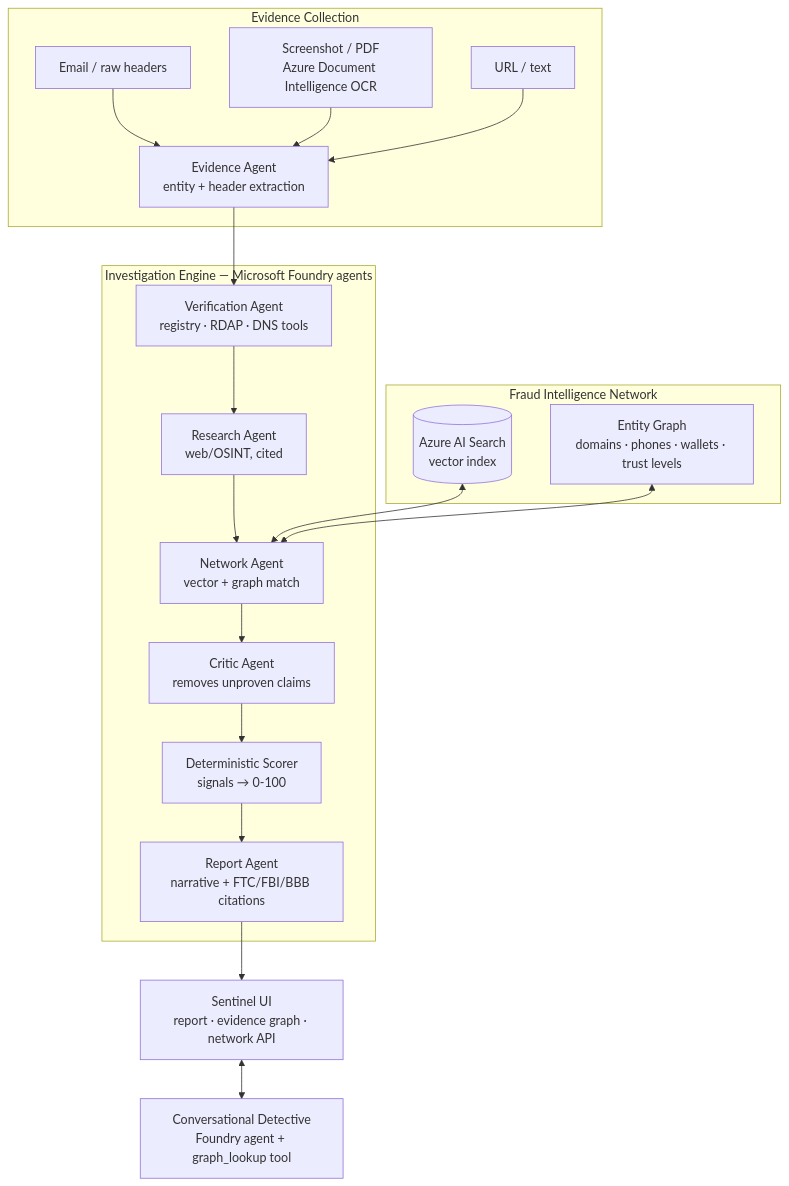
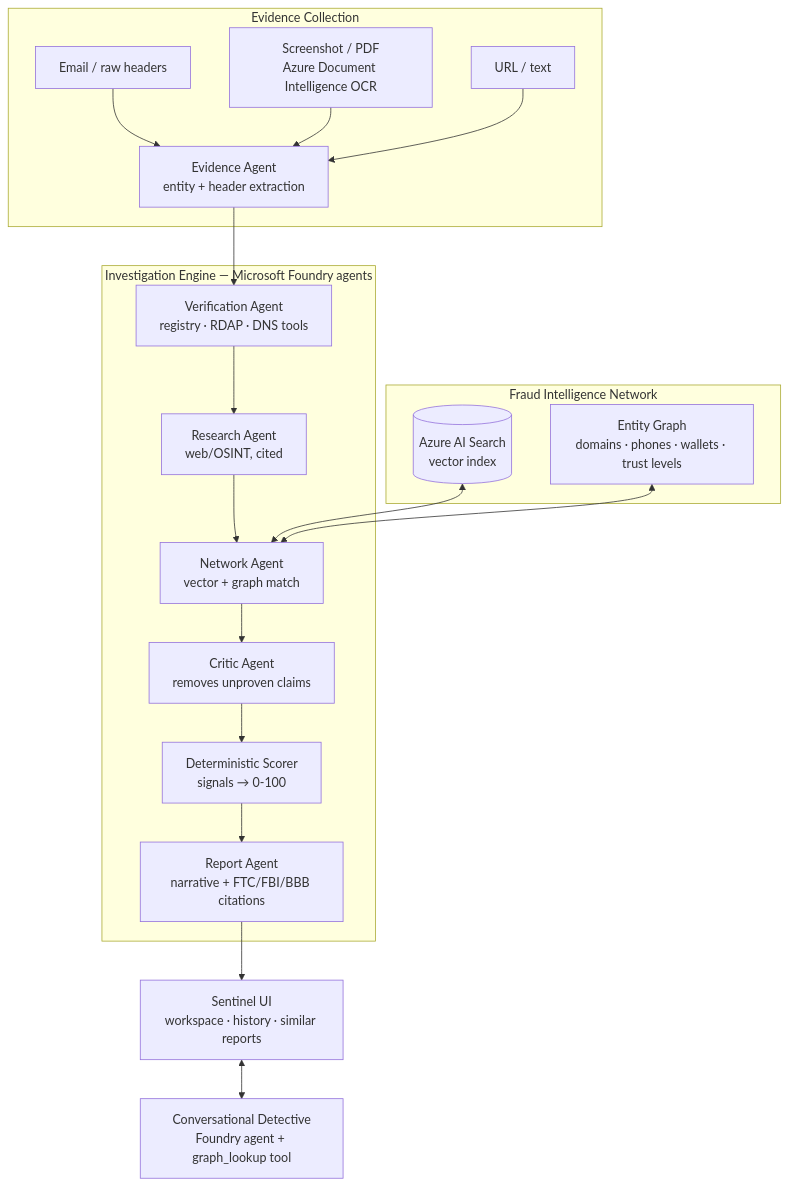
The diagram in docs/ARCHITECTURE.md (mrlucas679/verify-my-interview), drawn with Mermaid before and after one commit. The commit also changed other lines of this file and 6 other files, not shown here.

````diff
--- a/docs/ARCHITECTURE.md
+++ b/docs/ARCHITECTURE.md
@@ -8,23 +8,23 @@
 ```mermaid
 flowchart TB
   subgraph Intake["Evidence Collection"]
     A[Email / raw headers] --> P
     B[Screenshot / PDF<br/>Azure Document Intelligence OCR] --> P
     C[URL / text] --> P
   end
   P[Evidence Agent<br/>entity + header extraction]
   subgraph Engine["Investigation Engine — Microsoft Foundry agents"]
     P --> V[Verification Agent<br/>registry · RDAP · DNS tools]
     V --> R[Research Agent<br/>web/OSINT, cited]
     R --> N[Network Agent<br/>vector + graph match]
     N --> K[Critic Agent<br/>removes unproven claims]
     K --> S[Deterministic Scorer<br/>signals → 0-100]
     S --> W[Report Agent<br/>narrative + FTC/FBI/BBB citations]
   end
   subgraph Intel["Fraud Intelligence Network"]
     X[(Azure AI Search<br/>vector index)] <--> N
     G[Entity Graph<br/>domains · phones · wallets · trust levels] <--> N
   end
-  W --> UI[Sentinel UI<br/>report · evidence graph · network API]
+  W --> UI[Sentinel UI<br/>workspace · history · similar reports]
   UI <--> D[Conversational Detective<br/>Foundry agent + graph_lookup tool]
 ```
````
